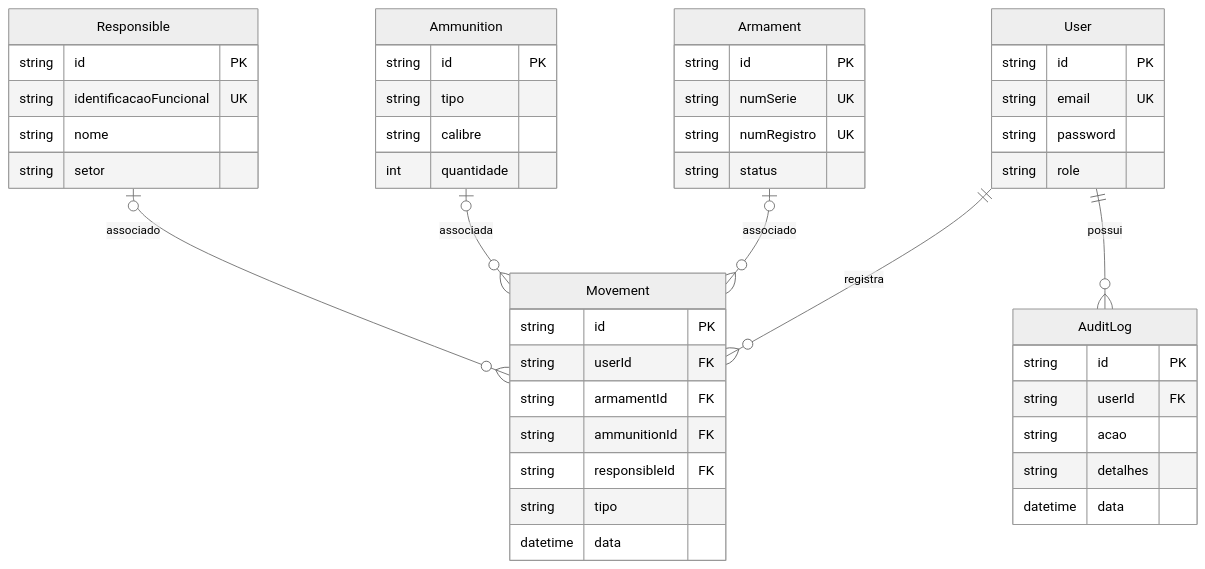
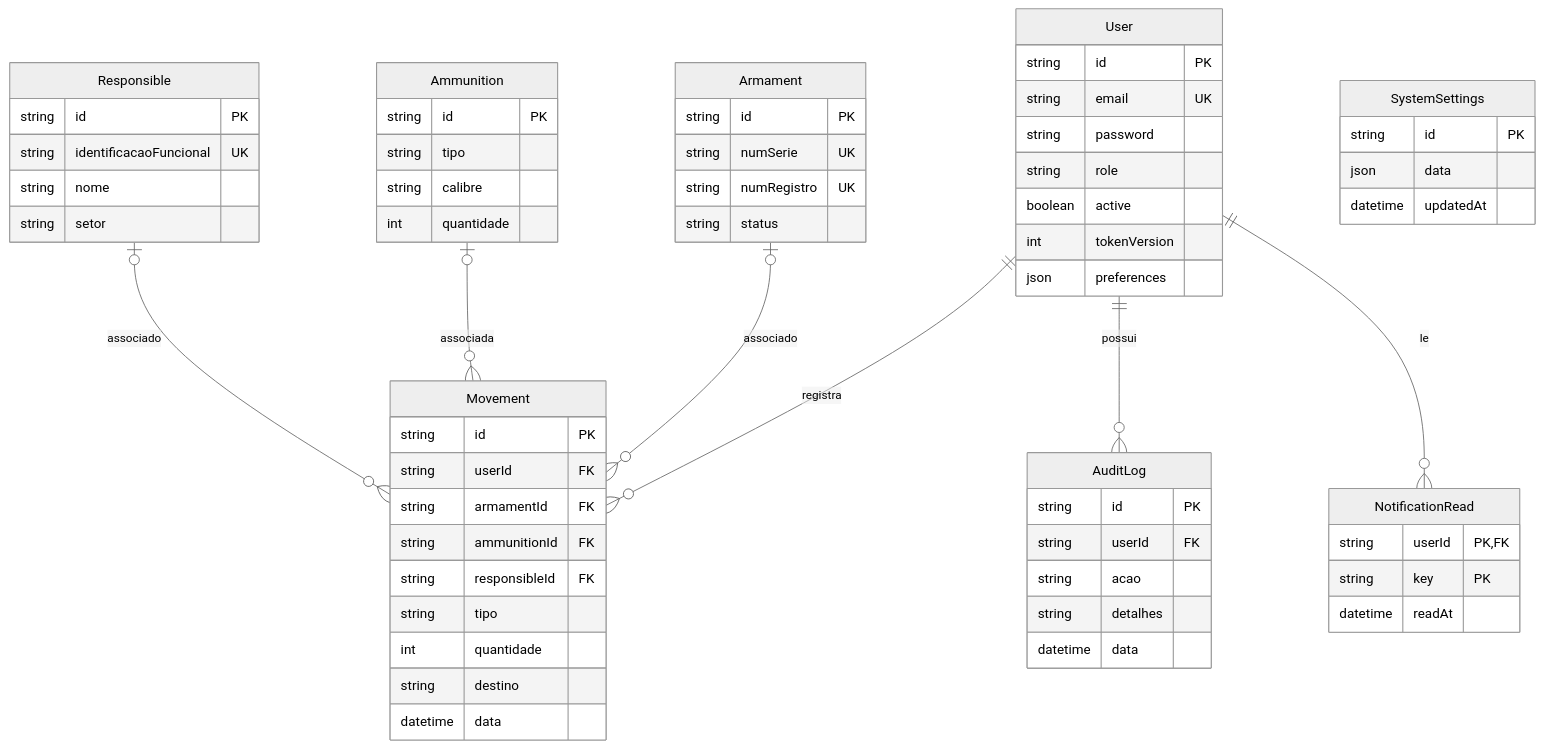
The fourth of 4 diagrams in docs/ARQUITETURA.md (PauloHenrique993940/AtivoControl), drawn with Mermaid (neutral theme) before and after one commit. The commit also changed other lines of this file and 69 other files, not shown here.

````diff
--- a/docs/ARQUITETURA.md
+++ b/docs/ARQUITETURA.md
@@ -74,48 +74,64 @@
 ```mermaid
 erDiagram
   User ||--o{ Movement : registra
   User ||--o{ AuditLog : possui
+  User ||--o{ NotificationRead : le
   Armament |o--o{ Movement : associado
   Ammunition |o--o{ Movement : associada
   Responsible |o--o{ Movement : associado
   User {
     string id PK
     string email UK
     string password
     string role
+    boolean active
+    int tokenVersion
+    json preferences
   }
   Armament {
     string id PK
     string numSerie UK
     string numRegistro UK
     string status
   }
   Ammunition {
     string id PK
     string tipo
     string calibre
     int quantidade
   }
   Responsible {
     string id PK
     string identificacaoFuncional UK
     string nome
     string setor
   }
   Movement {
     string id PK
     string userId FK
     string armamentId FK
     string ammunitionId FK
     string responsibleId FK
     string tipo
+    int quantidade
+    string destino
     datetime data
   }
   AuditLog {
     string id PK
     string userId FK
     string acao
     string detalhes
     datetime data
   }
+  SystemSettings {
+    string id PK
+    json data
+    datetime updatedAt
+  }
+  NotificationRead {
+    string userId PK,FK
+    string key PK
+    datetime readAt
+  }
 ```
````
